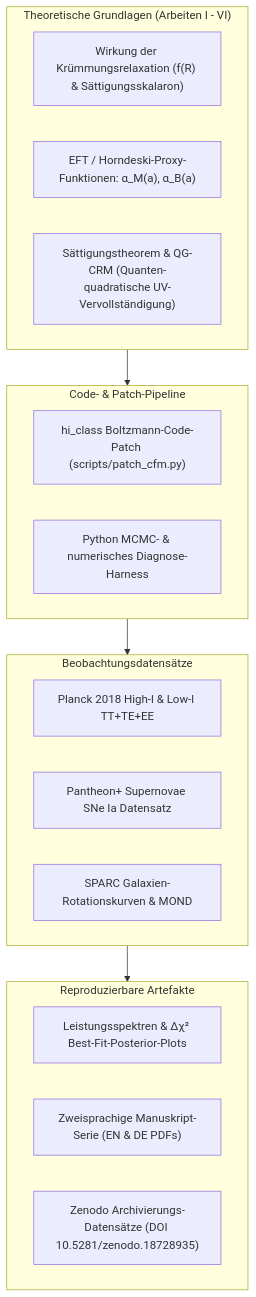
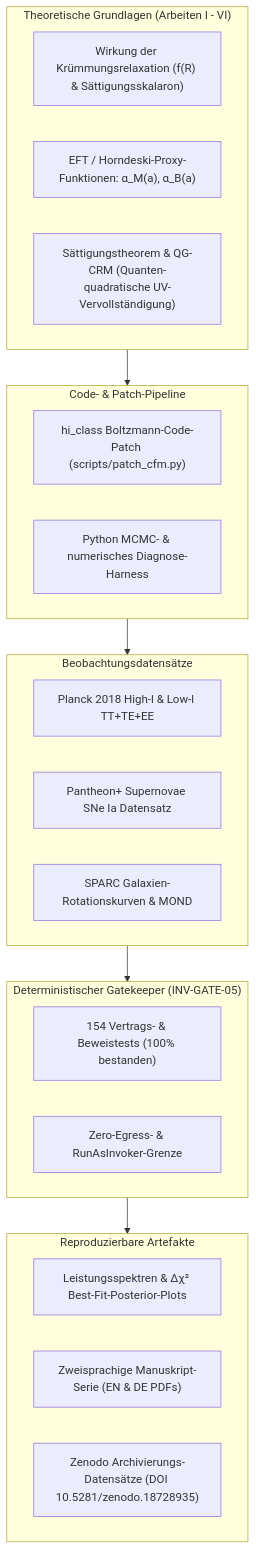
One commit to research-line/crm-cosmology changed the first of 2 diagrams in README_de.md. Above: the diagram before and after it, drawn with Mermaid. The commit also changed other lines of this file and 8 other files, not shown here.

Commit message:
docs(marketing): Pfad B discoverability, interactive sequence & flowchart enhancement & verification recency [G 2026-10-30]

````diff
--- a/README_de.md
+++ b/README_de.md
@@ -209,29 +209,35 @@
 ```mermaid
 flowchart TD
     subgraph Theory ["Theoretische Grundlagen (Arbeiten I - VI)"]
         T1["Wirkung der Krümmungsrelaxation (f(R) & Sättigungsskalaron)"]
         T2["EFT / Horndeski-Proxy-Funktionen: α_M(a), α_B(a)"]
         T3["Sättigungstheorem & QG-CRM (Quanten-quadratische UV-Vervollständigung)"]
     end
 
     subgraph Infrastructure ["Code- & Patch-Pipeline"]
         C1["hi_class Boltzmann-Code-Patch (scripts/patch_cfm.py)"]
         C2["Python MCMC- & numerisches Diagnose-Harness"]
     end
 
     subgraph Datasets ["Beobachtungsdatensätze"]
         D1["Planck 2018 High-l & Low-l TT+TE+EE"]
         D2["Pantheon+ Supernovae SNe Ia Datensatz"]
         D3["SPARC Galaxien-Rotationskurven & MOND"]
     end
 
+    subgraph Verification ["Deterministischer Gatekeeper (INV-GATE-05)"]
+        V1["154 Vertrags- & Beweistests (100% bestanden)"]
+        V2["Zero-Egress- & RunAsInvoker-Grenze"]
+    end
+
     subgraph Outputs ["Reproduzierbare Artefakte"]
         O1["Leistungsspektren & Δχ² Best-Fit-Posterior-Plots"]
         O2["Zweisprachige Manuskript-Serie (EN & DE PDFs)"]
         O3["Zenodo Archivierungs-Datensätze (DOI 10.5281/zenodo.18728935)"]
     end
 
     Theory --> Infrastructure
     Infrastructure --> Datasets
-    Datasets --> Outputs
+    Datasets --> Verification
+    Verification --> Outputs
 ```
````
